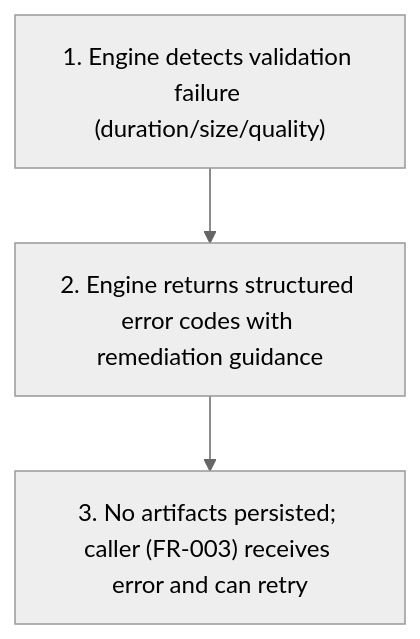
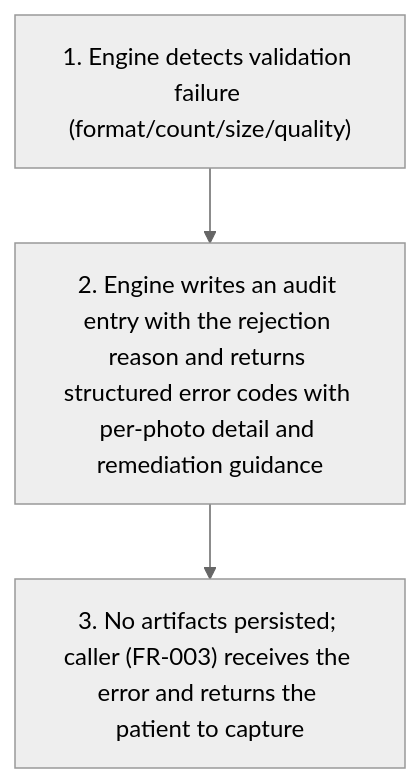
The second of 6 diagrams in project-requirements/functional-requirements/fr002-medical-history/prd.md (joachimtrungtuan/hairline-pm-docs), drawn with Mermaid (neutral theme) before and after one commit. The commit also changed other lines of this file and 5 other files, not shown here.

Commit message:
docs(fr002): apply logic review pass 1 fixes to PRD and graph

````diff
--- a/project-requirements/functional-requirements/fr002-medical-history/prd.md
+++ b/project-requirements/functional-requirements/fr002-medical-history/prd.md
@@ -103,5 +104,5 @@
 ```mermaid
 flowchart TD
-  A1S1["1. Engine detects validation failure (duration/size/quality)"] --> A1S2["2. Engine returns structured error codes with remediation guidance"]
-  A1S2 --> A1S3["3. No artifacts persisted; caller (FR-003) receives error and can retry"]
+  A1S1["1. Engine detects validation failure (format/count/size/quality)"] --> A1S2["2. Engine writes an audit entry with the rejection reason and returns structured error codes with per-photo detail and remediation guidance"]
+  A1S2 --> A1S3["3. No artifacts persisted; caller (FR-003) receives the error and returns the patient to capture"]
 ```
````
